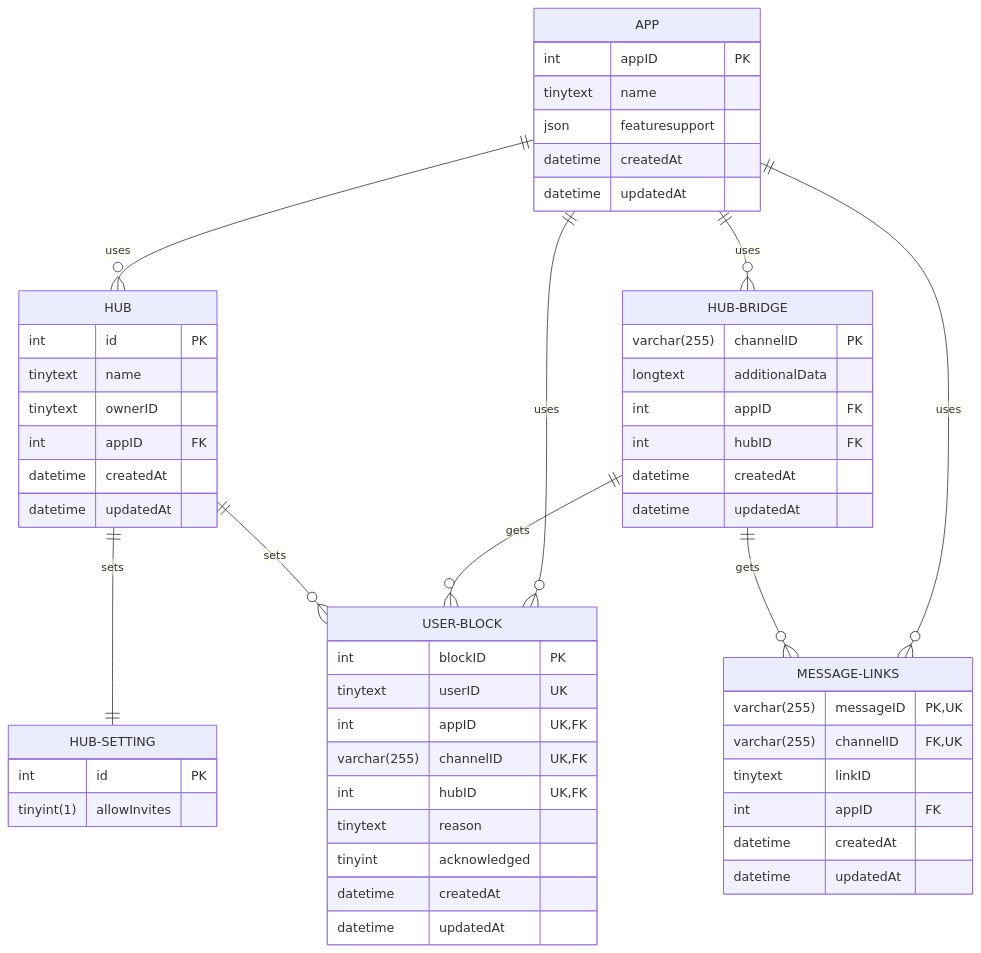
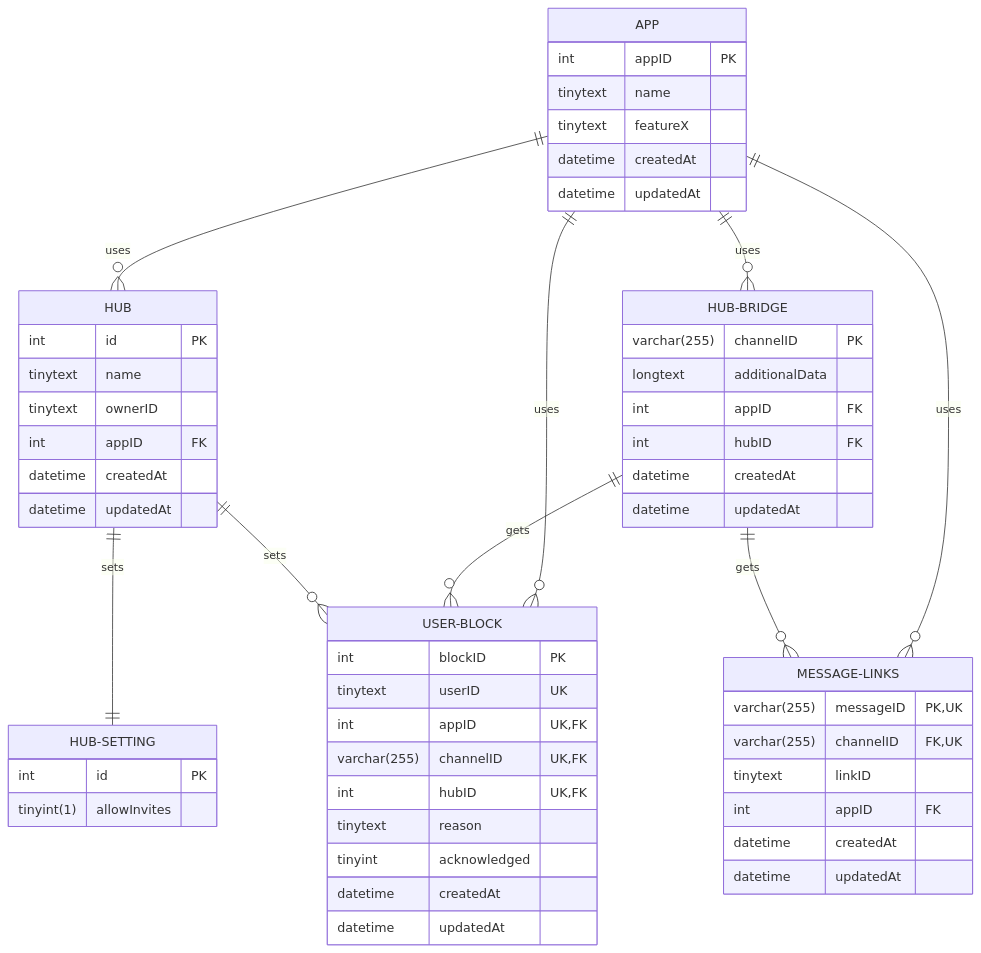
One commit to FlippedCodes/I-SH2 changed the diagram in README.md. Above: the diagram before and after it, drawn with Mermaid. The commit also changed other lines of this file, not shown here.

````diff
--- a/README.md
+++ b/README.md
@@ -38,57 +174,57 @@
 ```mermaid
 erDiagram
     APP ||--o{ HUB-BRIDGE : uses
     APP ||--o{ HUB : uses
     APP ||--o{ USER-BLOCK : uses
     APP ||--o{ MESSAGE-LINKS : uses
     APP {
       int appID PK
       tinytext name
-      json featuresupport
+      tinytext featureX
       datetime createdAt
       datetime updatedAt
     }
     HUB-BRIDGE ||--o{ USER-BLOCK : gets
     HUB-BRIDGE ||--o{ MESSAGE-LINKS : gets
     HUB-BRIDGE {
       varchar(255) channelID PK
       longtext additionalData
       int appID FK
       int hubID FK
       datetime createdAt
       datetime updatedAt
     }
     HUB ||--||HUB-SETTING : sets
     HUB ||--o{ USER-BLOCK : sets
     HUB {
       int id PK
       tinytext name
       tinytext ownerID
       int appID FK
       datetime createdAt
       datetime updatedAt
     }
     HUB-SETTING {
       int id PK
       tinyint(1) allowInvites
     }
     MESSAGE-LINKS {
       varchar(255) messageID PK, UK
       varchar(255) channelID FK, UK
       tinytext linkID
       int appID FK
       datetime createdAt
       datetime updatedAt
     }
     USER-BLOCK {
       int blockID PK
       tinytext userID UK
       int appID UK, FK
       varchar(255) channelID UK, FK
       int hubID UK, FK
       tinytext reason
       tinyint acknowledged
       datetime createdAt
       datetime updatedAt
     }
 ```
````
